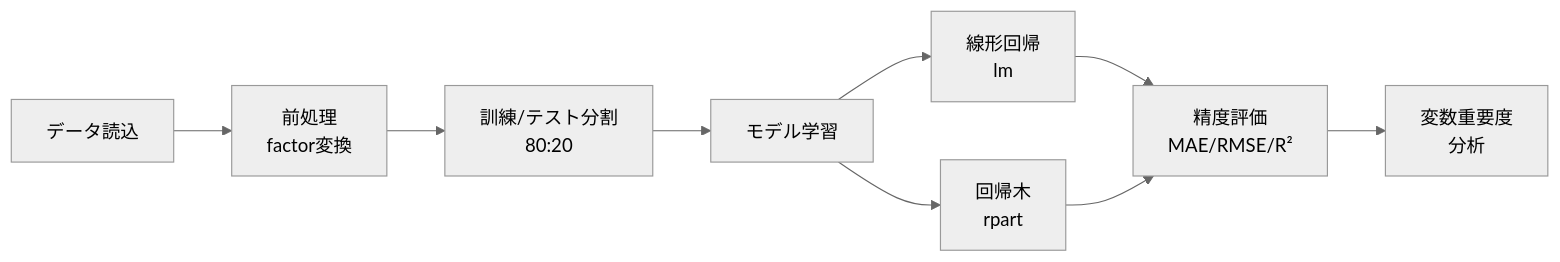
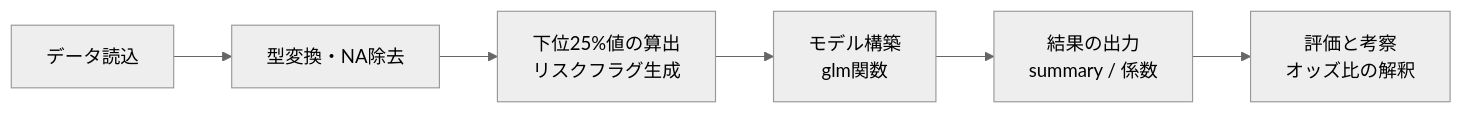
Before and after one commit to dsbiztiu23110053/seminar-research: the second of 2 diagrams in 03_分析手法.qmd, drawn with Mermaid (neutral theme). The commit also changed other lines of this file and 20 other files, not shown here.

````diff
--- a/03_分析手法.qmd
+++ b/03_分析手法.qmd
@@ -102,13 +70,10 @@
 ```{mermaid}
 %%| label: fig-pipeline
-%%| fig-cap: "分析パイプライン"
+%%| fig-cap: "研究の分析パイプライン"
 flowchart LR
-    A[データ読込] --> B[前処理<br>factor変換]
-    B --> C[訓練/テスト分割<br>80:20]
-    C --> D[モデル学習]
-    D --> E1[線形回帰<br>lm]
-    D --> E2[回帰木<br>rpart]
-    E1 --> F[精度評価<br>MAE/RMSE/R²]
-    E2 --> F
-    F --> G[変数重要度<br>分析]
+    A[データ読込] --> B[型変換・NA除去]
+    B --> C[下位25%値の算出<br>リスクフラグ生成]
+    C --> D[モデル構築<br>glm関数]
+    D --> E[結果の出力<br>summary / 係数]
+    E --> F[評価と考察<br>オッズ比の解釈]
 ```
````
